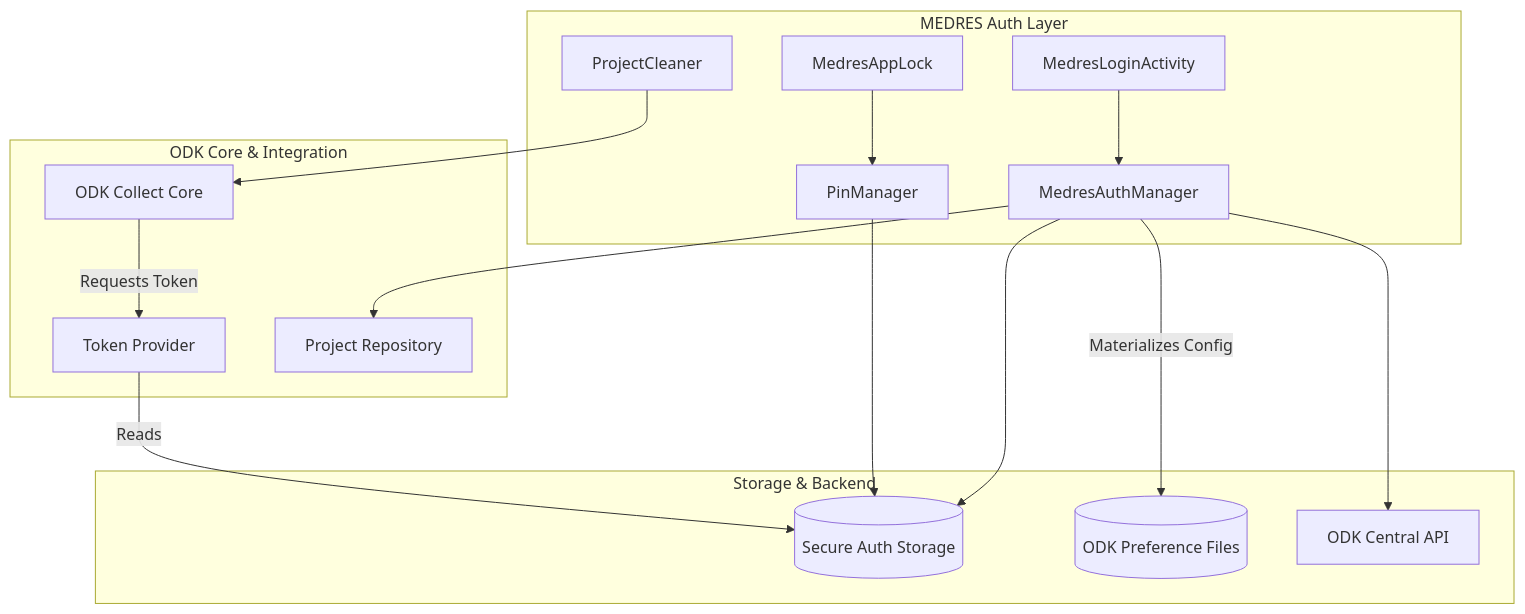
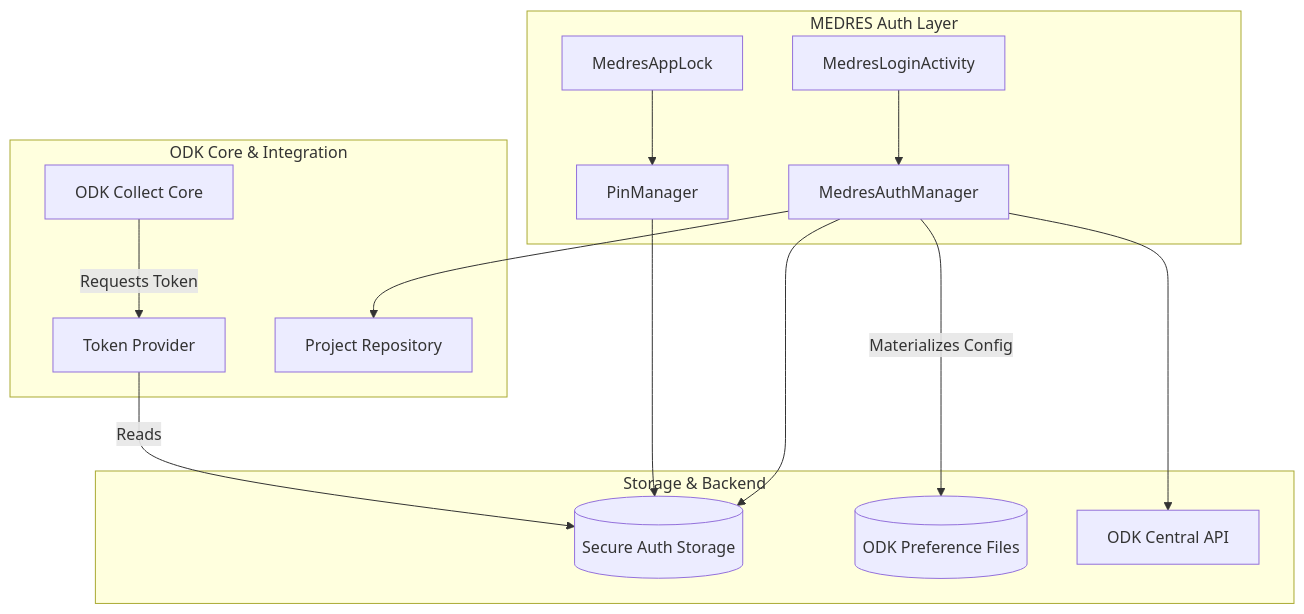
Before and after one commit to drguptavivek/collect: the second of 2 diagrams in README.md, drawn with Mermaid. The commit also changed other lines of this file, not shown here.

````diff
--- a/README.md
+++ b/README.md
@@ -113,37 +49,34 @@
 ```mermaid
 graph TB
     subgraph "MEDRES Auth Layer"
         AuthUI[MedresLoginActivity]
         AuthMgr[MedresAuthManager]
         AppLock[MedresAppLock]
         PinMgr[PinManager]
-        Cleaner[ProjectCleaner]
     end
 
     subgraph "ODK Core & Integration"
         TokenProvider[Token Provider]
         ODKCore[ODK Collect Core]
         Projects[Project Repository]
     end
 
     subgraph "Storage & Backend"
         SecureStorage[(Secure Auth Storage)]
         ODKStorage[(ODK Preference Files)]
         Central[ODK Central API]
     end
 
     AuthUI --> AuthMgr
     AuthMgr --> SecureStorage
     AuthMgr --> Projects
     AuthMgr --> Central
     
     AppLock --> PinMgr
     PinMgr --> SecureStorage
     
-    Cleaner --> ODKCore
-    
     ODKCore -- Requests Token --> TokenProvider
     TokenProvider -- Reads --> SecureStorage
     
     AuthMgr -- "Materializes Config" --> ODKStorage
 ```
````
